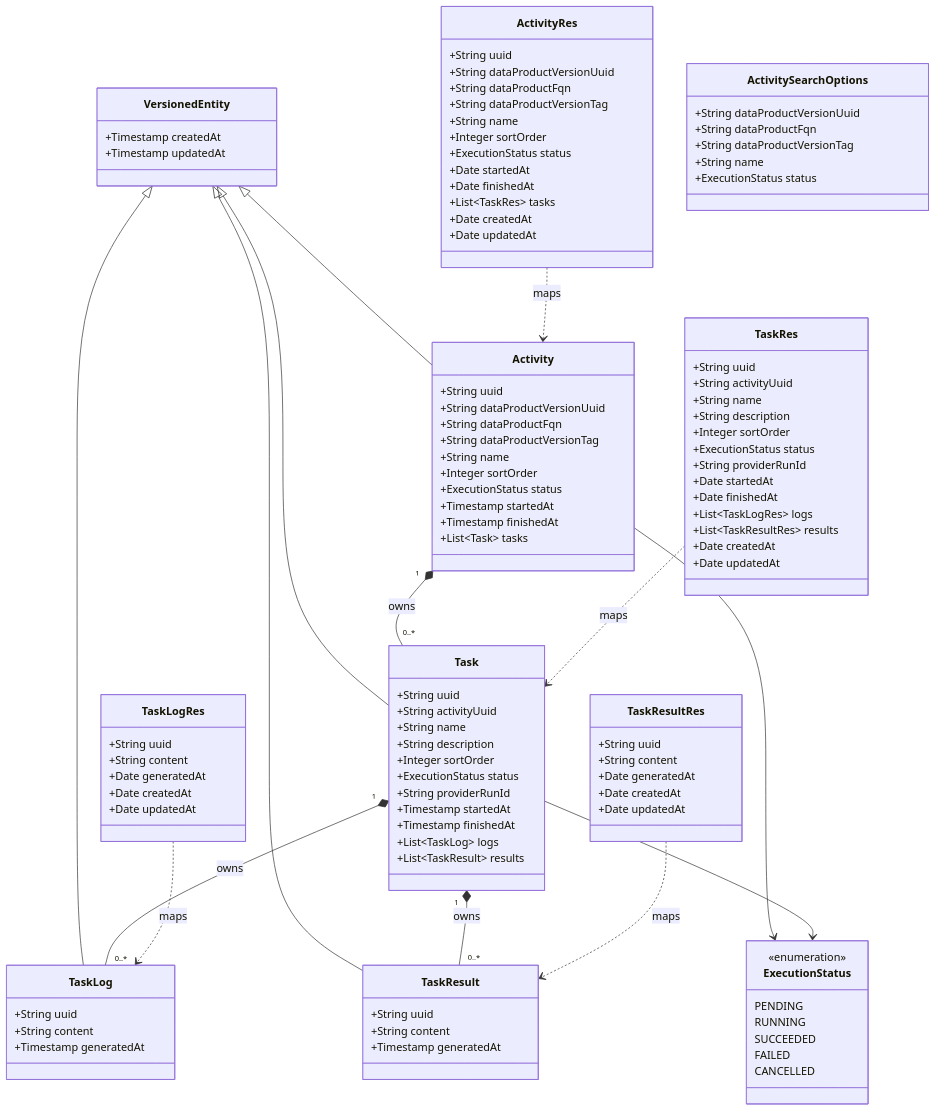
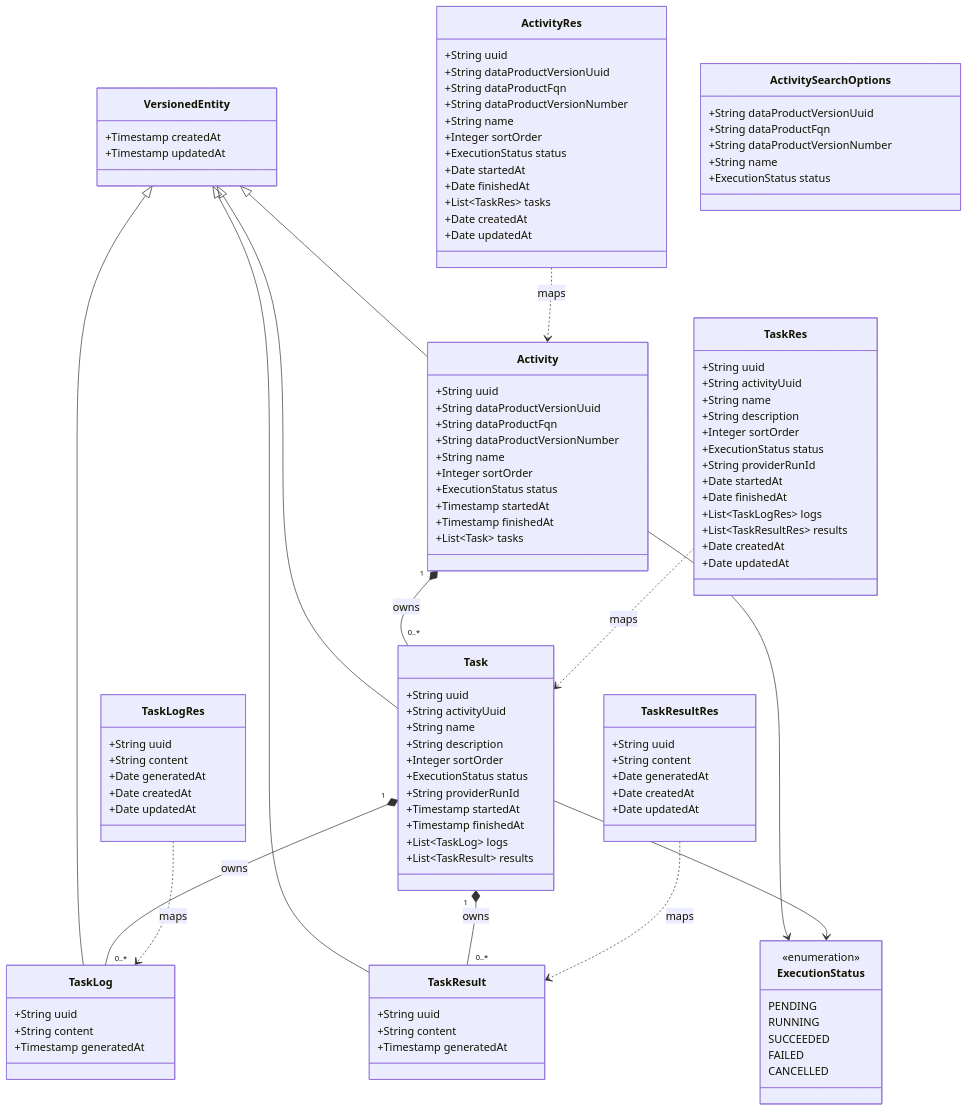
The diagram in spdd/prompt/BDMD-5436-202609181712-[Feat]-api-activity-task-anemic-crud.md (opendatamesh-initiative/odm-platform-pp-devops-server), drawn with Mermaid before and after one commit. The commit also changed other lines of this file and 55 other files, not shown here.

First line of the commit message:
feat(BDMD-5647): rename dataProductVersionTag to dataProductVersionNumber; look up tasks by run id through activity search options

```diff
--- a/spdd/prompt/BDMD-5436-202609181712-[Feat]-api-activity-task-anemic-crud.md
+++ b/spdd/prompt/BDMD-5436-202609181712-[Feat]-api-activity-task-anemic-crud.md
@@ -30,7 +30,7 @@
     +String uuid
     +String dataProductVersionUuid
     +String dataProductFqn
-    +String dataProductVersionTag
+    +String dataProductVersionNumber
     +String name
     +Integer sortOrder
     +ExecutionStatus status
@@ -69,7 +69,7 @@
     +String uuid
     +String dataProductVersionUuid
     +String dataProductFqn
-    +String dataProductVersionTag
+    +String dataProductVersionNumber
     +String name
     +Integer sortOrder
     +ExecutionStatus status
@@ -115,7 +115,7 @@
   class ActivitySearchOptions {
     +String dataProductVersionUuid
     +String dataProductFqn
-    +String dataProductVersionTag
+    +String dataProductVersionNumber
     +String name
     +ExecutionStatus status
   }
```
